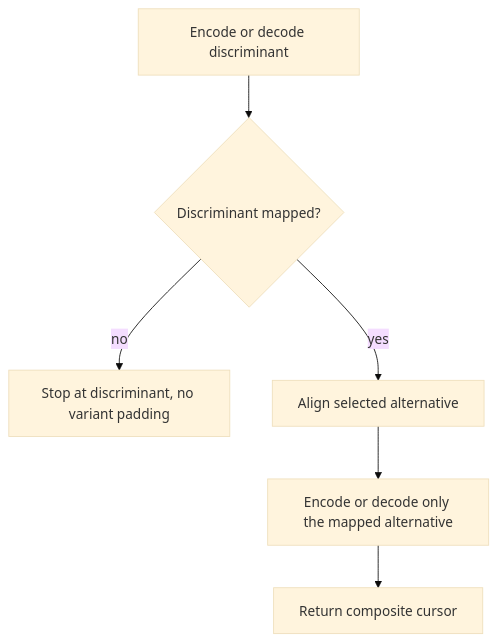
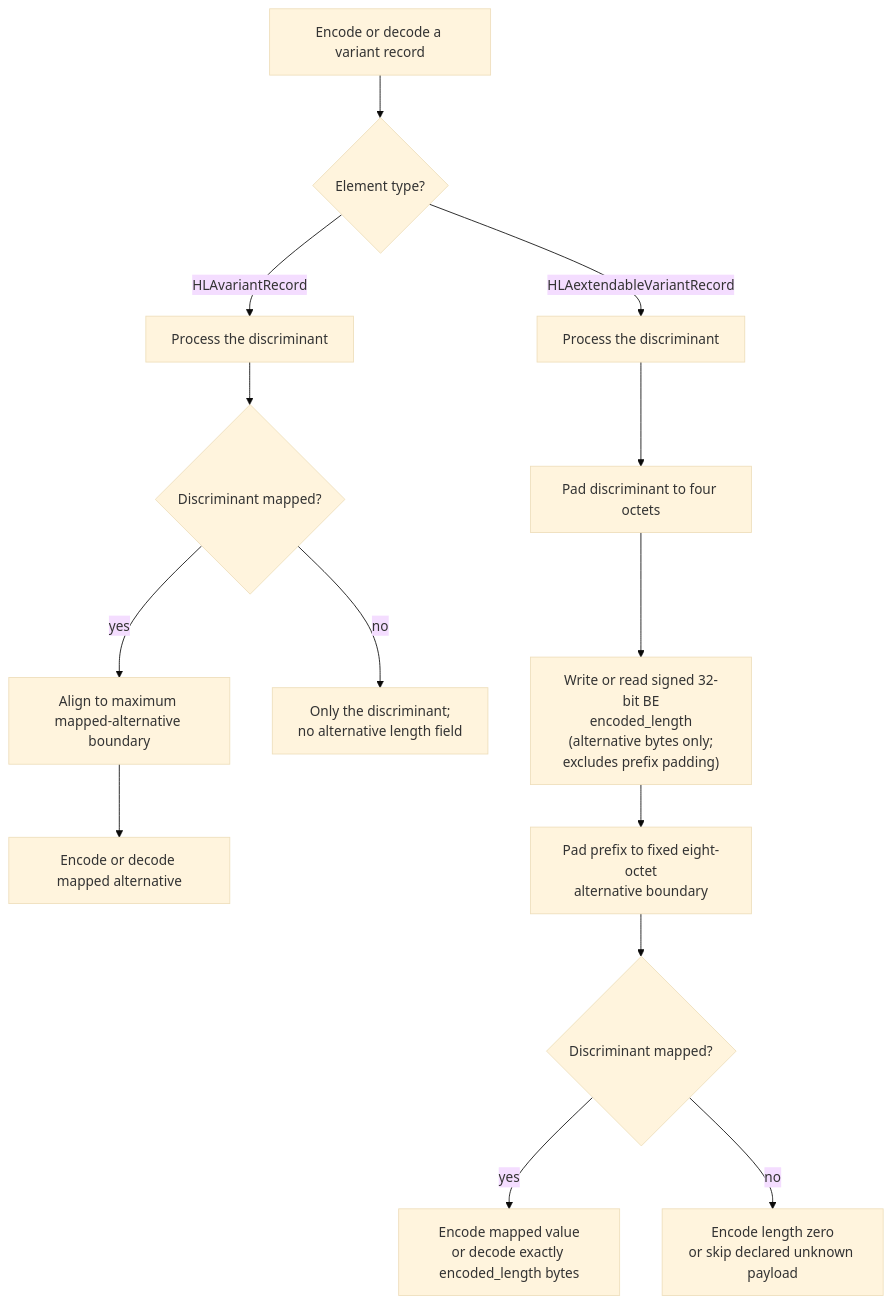
The sixth of 8 diagrams in docs/design/HLA-2025-DATA-ELEMENT-ENCODING-FLOW-GUIDE.md (sheepfling/umbra), drawn with Mermaid (base theme) before and after one commit. The commit also changed other lines of this file and 668 other files, not shown here.

````diff
--- a/docs/design/HLA-2025-DATA-ELEMENT-ENCODING-FLOW-GUIDE.md
+++ b/docs/design/HLA-2025-DATA-ELEMENT-ENCODING-FLOW-GUIDE.md
@@ -292,8 +354,16 @@
 ```mermaid
 flowchart TD
-  A[Encode or decode discriminant] --> M{Discriminant mapped?}
-  M -->|no| U[Stop at discriminant, no variant padding]
-  M -->|yes| P[Align selected alternative]
-  P --> V[Encode or decode only the mapped alternative]
-  V --> E[Return composite cursor]
+  Start[Encode or decode a variant record] --> Kind{Element type?}
+  Kind -->|HLAvariantRecord| Ordinary[Process the discriminant]
+  Ordinary --> OrdinaryMapped{Discriminant mapped?}
+  OrdinaryMapped -->|yes| OrdinaryAlign[Align to maximum mapped-alternative boundary]
+  OrdinaryAlign --> OrdinaryValue[Encode or decode mapped alternative]
+  OrdinaryMapped -->|no| OrdinaryUnknown[Only the discriminant;<br/>no alternative length field]
+  Kind -->|HLAextendableVariantRecord| Extendable[Process the discriminant]
+  Extendable --> LengthBoundary[Pad discriminant to four octets]
+  LengthBoundary --> Length["Write or read signed 32-bit BE<br/>encoded_length<br/>(alternative bytes only;<br/>excludes prefix padding)"]
+  Length --> AlternativeBoundary[Pad prefix to fixed eight-octet<br/>alternative boundary]
+  AlternativeBoundary --> ExtendableMapped{Discriminant mapped?}
+  ExtendableMapped -->|yes| ExtendableValue[Encode mapped value<br/>or decode exactly encoded_length bytes]
+  ExtendableMapped -->|no| ExtendableUnknown[Encode length zero<br/>or skip declared unknown payload]
 ```
````
